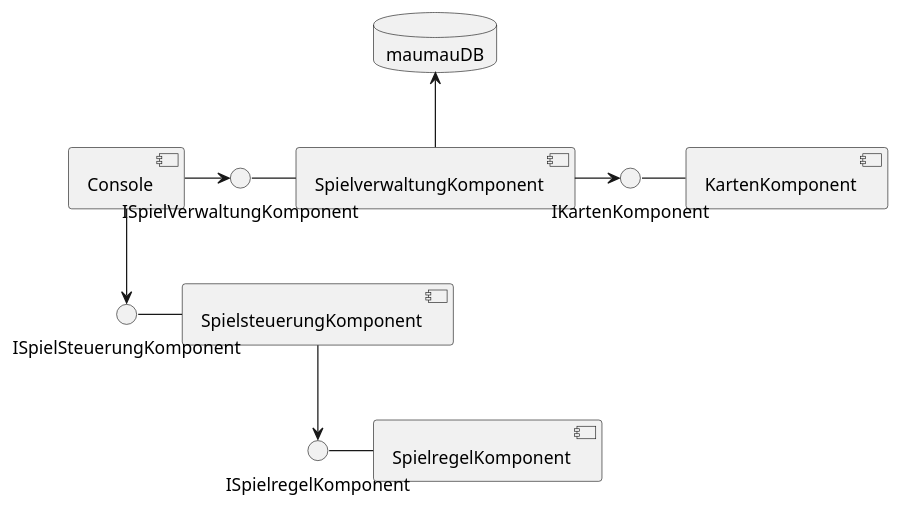
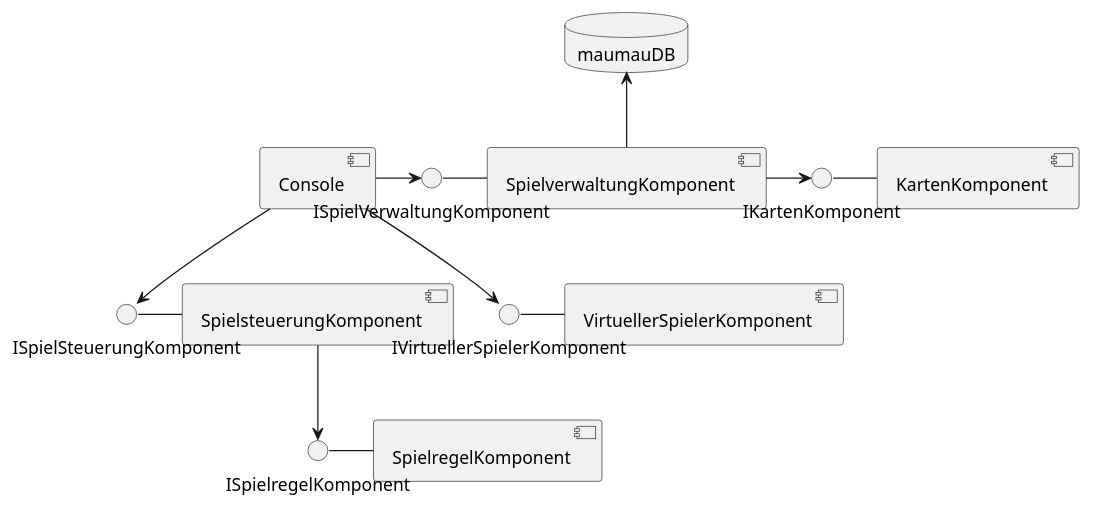
One commit to vicdelcc/ivro03 changed the diagram in diagrams/ComponentDiagram.puml. Above: the diagram before and after it, drawn with PlantUML. The commit also changed 41 other files, not shown here.

Commit message:
Umstrukturierung + update Component-Diagramm

```diff
--- a/diagrams/ComponentDiagram.puml
+++ b/diagrams/ComponentDiagram.puml
@@ -1,41 +1,47 @@
 @startuml
 
 [SpielregelKomponent] as srlk
 
 [SpielsteuerungKomponent] as ssk
 
 [KartenKomponent] as kk
 
 [Console] as Console
 
 [SpielverwaltungKomponent] as svk
+
+[VirtuellerSpielerKomponent] as vsk
 
 database "maumauDB" {
 
 }
 
 ISpielregelKomponent - srlk
 
 ISpielSteuerungKomponent - ssk
 
 IKartenKomponent - kk
 
 ISpielVerwaltungKomponent  - svk
 
+IVirtuellerSpielerKomponent - vsk
+
 Console -right-> ISpielVerwaltungKomponent
 
 Console -down-> ISpielSteuerungKomponent
+
+Console -down-> IVirtuellerSpielerKomponent
 
 ssk --> ISpielregelKomponent
 
 svk -right-> IKartenKomponent
 
 svk -up-> maumauDB
 
 
 
 
 
 
 
 @enduml
```
